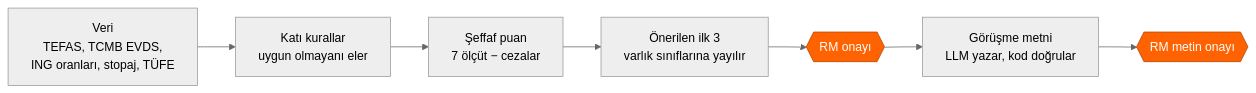
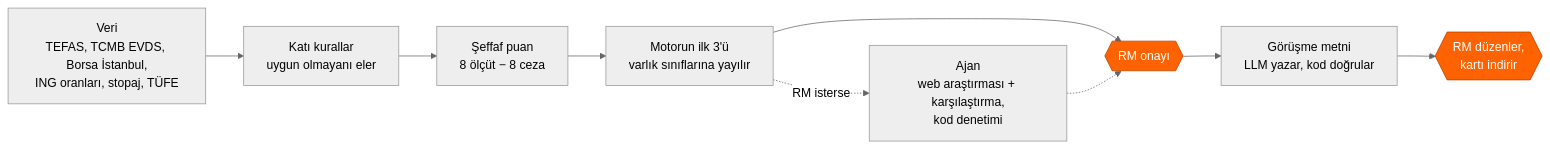
Before and after one commit to ArdahanDogru/ing-hackathon-rm-prep: the first of 6 diagrams in README.md, drawn with Mermaid (neutral theme). The commit also changed other lines of this file, not shown here.

Commit message:
README: current state for the brief's 8 sections (sources incl. BIST, ING page, Exa; 8 criteria and weight rationale; agent, profile check and approval gates; eval n12 and agent eval; found-and-fixed; rule compliance table)

````diff
--- a/README.md
+++ b/README.md
@@ -49,11 +79,13 @@
 ```mermaid
 flowchart LR
-    A["Veri<br/>TEFAS, TCMB EVDS,<br/>ING oranları, stopaj, TÜFE"] --> B["Katı kurallar<br/>uygun olmayanı eler"]
-    B --> C["Şeffaf puan<br/>7 ölçüt − cezalar"]
-    C --> D["Önerilen ilk 3<br/>varlık sınıflarına yayılır"]
+    A["Veri<br/>TEFAS, TCMB EVDS, Borsa İstanbul,<br/>ING oranları, stopaj, TÜFE"] --> B["Katı kurallar<br/>uygun olmayanı eler"]
+    B --> C["Şeffaf puan<br/>8 ölçüt − 8 ceza"]
+    C --> D["Motorun ilk 3'ü<br/>varlık sınıflarına yayılır"]
+    D -. "RM isterse" .-> AG["Ajan<br/>web araştırması + karşılaştırma,<br/>kod denetimi"]
     D --> E{{"RM onayı"}}
+    AG -.-> E
     E --> F["Görüşme metni<br/>LLM yazar, kod doğrular"]
-    F --> G{{"RM metin onayı"}}
+    F --> G{{"RM düzenler,<br/>kartı indirir"}}
     classDef human fill:#FF6200,color:#fff,stroke:#B34400
     class E,G human
 ```
````
